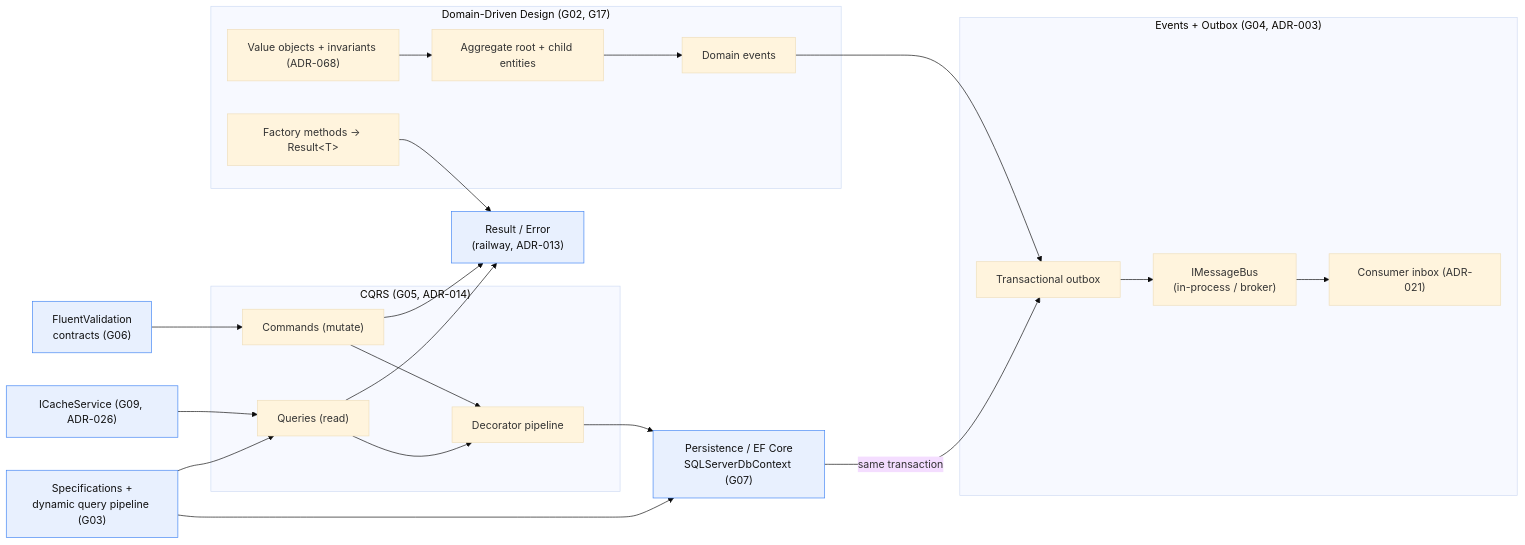
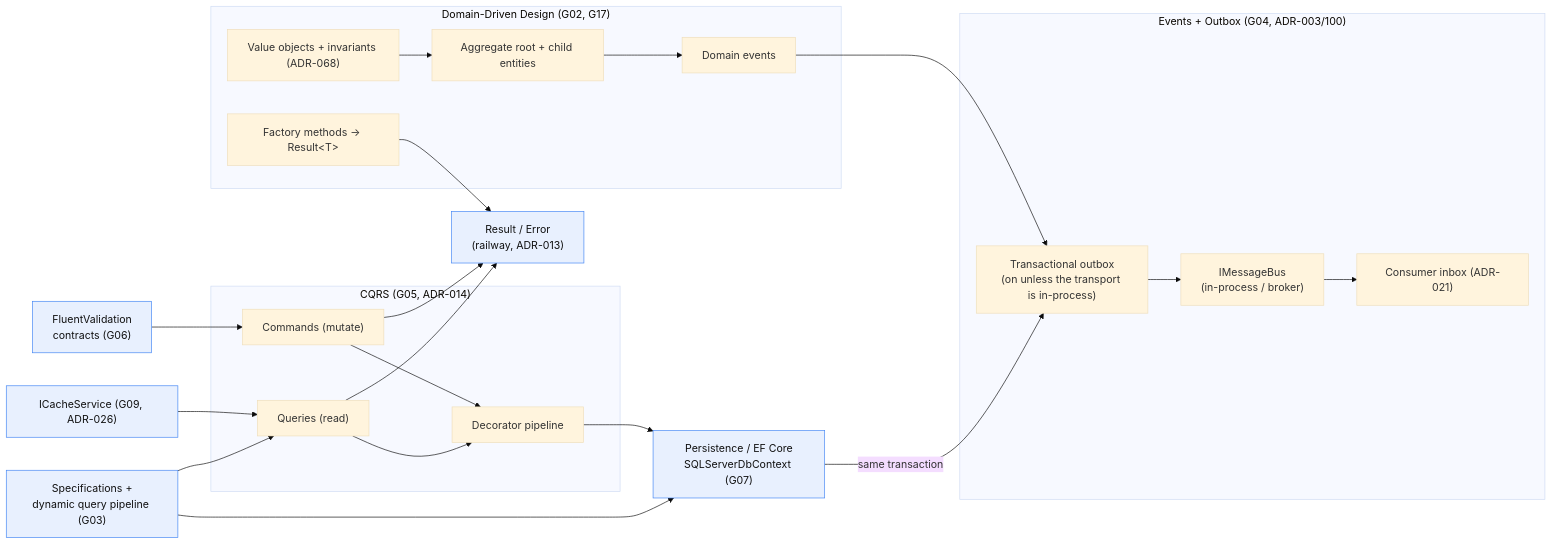
The fourth of 15 diagrams in docs-src/onboarding/CONCEPT-MAPS.md (ivanball/ivanball.github.io), drawn with Mermaid (base theme) before and after one commit. The commit also changed other lines of this file and 79 other files, not shown here.

````diff
--- a/docs-src/onboarding/CONCEPT-MAPS.md
+++ b/docs-src/onboarding/CONCEPT-MAPS.md
@@ -231,49 +244,49 @@
 ```mermaid
 flowchart LR
     RESULT["Result / Error<br/>(railway, ADR-013)"]
 
     subgraph DDD["Domain-Driven Design (G02, G17)"]
         AGG["Aggregate root + child entities"]
         VO["Value objects + invariants (ADR-068)"]
         FACT["Factory methods → Result&lt;T&gt;"]
         DE["Domain events"]
     end
 
     SPEC["Specifications +<br/>dynamic query pipeline (G03)"]
     VALID["FluentValidation<br/>contracts (G06)"]
 
     subgraph CQRS["CQRS (G05, ADR-014)"]
         CMD["Commands (mutate)"]
         QRY["Queries (read)"]
         PIPE["Decorator pipeline"]
     end
 
-    subgraph EVT["Events + Outbox (G04, ADR-003)"]
-        OUTBOX["Transactional outbox"]
+    subgraph EVT["Events + Outbox (G04, ADR-003/100)"]
+        OUTBOX["Transactional outbox<br/>(on unless the transport is in-process)"]
         BUS["IMessageBus<br/>(in-process / broker)"]
         INBOX["Consumer inbox (ADR-021)"]
     end
 
     PERSIST["Persistence / EF Core<br/>SQLServerDbContext (G07)"]
     CACHE["ICacheService (G09, ADR-026)"]
 
     FACT --> RESULT
     AGG --> DE
     VO --> AGG
     CMD --> RESULT
     QRY --> RESULT
     VALID --> CMD
     CACHE --> QRY
     CMD --> PIPE
     QRY --> PIPE
     PIPE --> PERSIST
     SPEC --> QRY
     SPEC --> PERSIST
     DE --> OUTBOX
     PERSIST -->|"same transaction"| OUTBOX
     OUTBOX --> BUS
     BUS --> INBOX
 
     classDef core fill:#e8f0fe,stroke:#4285f4,color:#111
     class RESULT,SPEC,VALID,PERSIST,CACHE core
 ```
````
